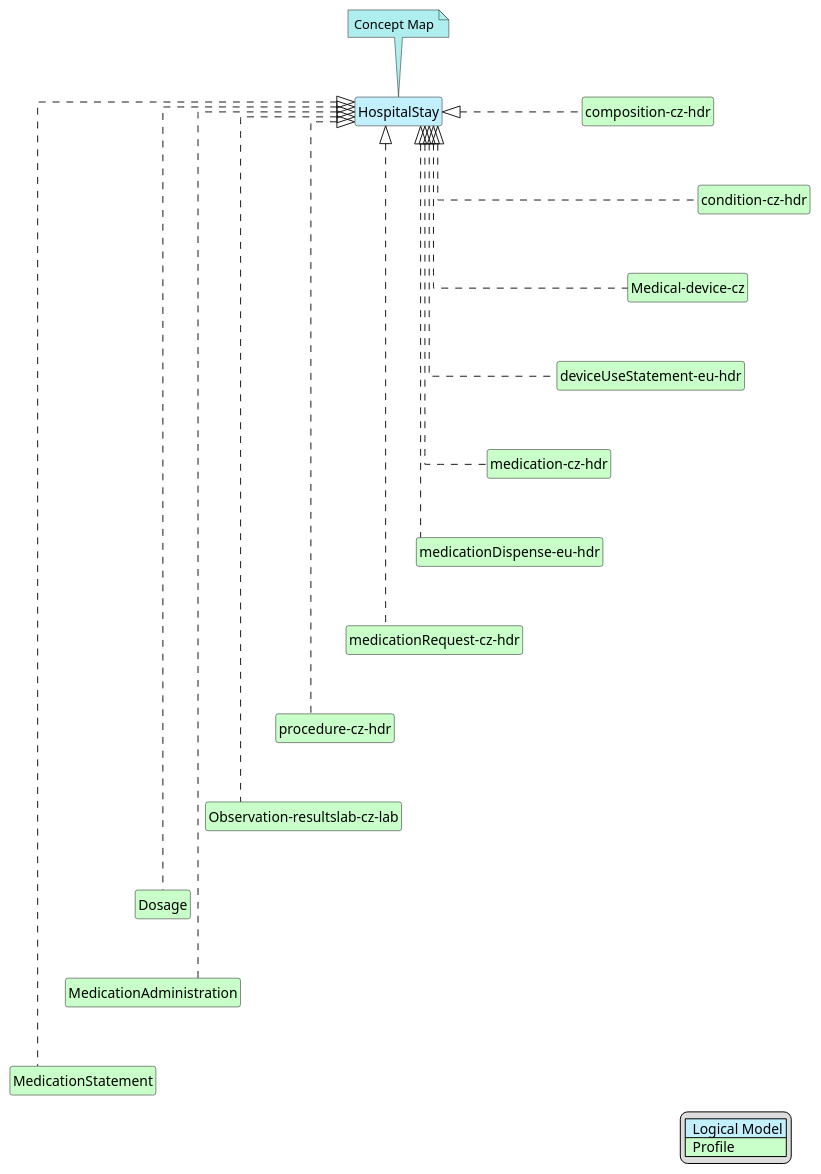
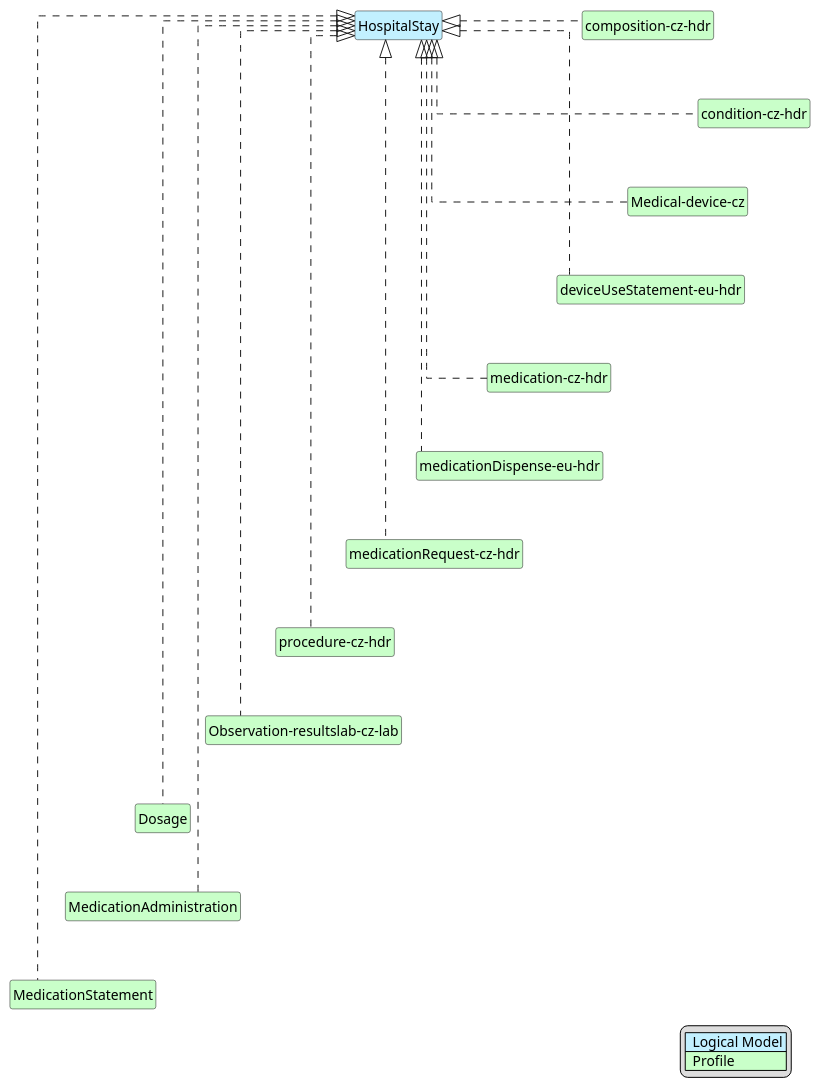
One commit to HL7-cz/hdr changed the diagram in input/images-source/HospitalStay-map.plantuml. Above: the diagram before and after it, drawn with PlantUML. The commit also changed 29 other files, not shown here.

```diff
--- a/input/images-source/HospitalStay-map.plantuml
+++ b/input/images-source/HospitalStay-map.plantuml
@@ -1,54 +1,52 @@
 @startuml
 hide circle
 hide stereotype
 hide members
 hide methods
 skinparam linetype ortho
 skinparam class {
 BackgroundColor<<LogicalModel>> #APPLICATION
 BackgroundColor<<Profile>> #TECHNOLOGY
 }
 legend right
 | <#APPLICATION>  Logical Model |
 | <#TECHNOLOGY>  Profile |
 endlegend
 class "HospitalStay" <<LogicalModel>> [[StructureDefinition-HospitalStayCz.html]]
-note top #PaleTurquoise [[ConceptMap-patientHistory2FHIR-cz-hdr.html]]
-Concept Map
-endnote
+
 class "composition-cz-hdr" <<Profile>> [[StructureDefinition-cz-composition-hdr.html]]
 "HospitalStay" <|. "composition-cz-hdr"
 class "condition-cz-hdr" <<Profile>> [[StructureDefinition-cz-condition-hdr.html]]
 "HospitalStay" <|. "condition-cz-hdr"
 "composition-cz-hdr" -d[hidden]-> "condition-cz-hdr"
 class "Medical-device-cz" <<Profile>> [[https://build.fhir.org/ig/HL7-cz/cz-core/StructureDefinition-cz-medical-device.html]]
 "HospitalStay" <|. "Medical-device-cz"
 "condition-cz-hdr" -d[hidden]-> "Medical-device-cz"
 class "deviceUseStatement-eu-hdr" <<Profile>> [[https://build.fhir.org/ig/hl7-eu/hdr/StructureDefinition-deviceUseStatement-eu-hdr.html]]
 "HospitalStay" <|. "deviceUseStatement-eu-hdr"
 "Medical-device-cz" -d[hidden]-> "deviceUseStatement-eu-hdr"
 class "medication-cz-hdr" <<Profile>> [[https://build.fhir.org/ig/HL7-cz/cz-core/StructureDefinition-cz-Medication.html]]
 "HospitalStay" <|. "medication-cz-hdr"
 "deviceUseStatement-eu-hdr" -d[hidden]-> "medication-cz-hdr"
 class "medicationDispense-eu-hdr" <<Profile>> [[https://build.fhir.org/ig/hl7-eu/hdr/StructureDefinition-medicationDispense-eu-hdr.html]]
 "HospitalStay" <|. "medicationDispense-eu-hdr"
 "medication-cz-hdr" -d[hidden]-> "medicationDispense-eu-hdr"
 class "medicationRequest-cz-hdr" <<Profile>> [[StructureDefinition-cz-medicationRequest-hdr.html]]
 "HospitalStay" <|. "medicationRequest-cz-hdr"
 "medicationDispense-eu-hdr" -d[hidden]-> "medicationRequest-cz-hdr"
 class "procedure-cz-hdr" <<Profile>> [[StructureDefinition-cz-procedure-hdr.html]]
 "HospitalStay" <|. "procedure-cz-hdr"
 "medicationRequest-cz-hdr" -d[hidden]-> "procedure-cz-hdr"
 class "Observation-resultslab-cz-lab" <<Profile>> [[https://build.fhir.org/ig/HL7-cz/cz-lab/StructureDefinition-cz-observation-result-laboratory.html]]
 "HospitalStay" <|. "Observation-resultslab-cz-lab"
 "procedure-cz-hdr" -d[hidden]-> "Observation-resultslab-cz-lab"
 class "Dosage" <<Profile>> [[http://hl7.org/fhir/StructureDefinition/Dosage]]
 "HospitalStay" <|. "Dosage"
 "Observation-resultslab-cz-lab" -d[hidden]-> "Dosage"
 class "MedicationAdministration" <<Profile>> [[http://hl7.org/fhir/StructureDefinition/MedicationAdministration]]
 "HospitalStay" <|. "MedicationAdministration"
 "Dosage" -d[hidden]-> "MedicationAdministration"
 class "MedicationStatement" <<Profile>> [[http://hl7.org/fhir/StructureDefinition/MedicationStatement]]
 "HospitalStay" <|. "MedicationStatement"
 "MedicationAdministration" -d[hidden]-> "MedicationStatement"
 @enduml
```
